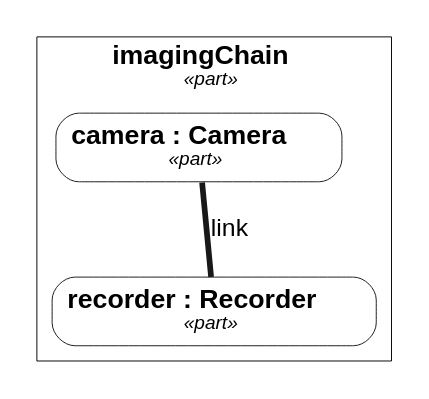
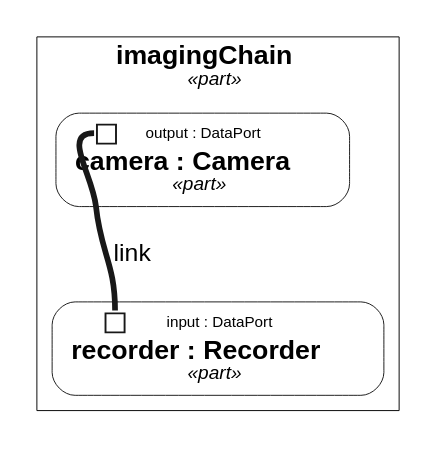
The first of 2 diagrams in internal/doc/docrender/testdata/telescope_report.dot.golden.md (Open-MBEE/OpenSysML), drawn with Graphviz before and after one commit. The commit also changed 44 other files, not shown here.

````diff
--- a/internal/doc/docrender/testdata/telescope_report.dot.golden.md
+++ b/internal/doc/docrender/testdata/telescope_report.dot.golden.md
@@ -83,20 +83,20 @@
 ```dot
 // view: Observatory::interconnectView
 // kind: interconnection
 // stated: render asInterconnectionDiagram
 // layout: dot
 digraph "Observatory::interconnectView" {
   graph [fontname="Helvetica"];
   node [shape=box, style=filled, fillcolor=white, color="#181818", fontname="Helvetica", fontsize=14, penwidth=0.5];
   edge [color="#181818", fontname="Helvetica", fontsize=13, penwidth=1];
   subgraph "cluster_n0" {
     label=<<b>imagingChain</b><br/><font point-size="10"><i>«part»</i></font>>;
     color=black;
     penwidth=0.5;
     "n0" [shape=point, style=invis, width=0, height=0, label=""];
-    "n1" [style="rounded,filled", label=<<b>camera : Camera</b><br/><font point-size="10"><i>«part»</i></font>>];
-    "n2" [style="rounded,filled", label=<<b>recorder : Recorder</b><br/><font point-size="10"><i>«part»</i></font>>];
+    "n1" [style="rounded,filled", label=<<table border="0" cellborder="0" cellspacing="0" cellpadding="2"><tr><td port="n1.0" border="1" fixedsize="true" width="10" height="10"></td><td align="left"><font point-size="8">output : DataPort</font></td></tr><tr><td colspan="2"><b>camera : Camera</b><br/><font point-size="10"><i>«part»</i></font></td></tr></table>>];
+    "n2" [style="rounded,filled", label=<<table border="0" cellborder="0" cellspacing="0" cellpadding="2"><tr><td port="n2.0" border="1" fixedsize="true" width="10" height="10"></td><td align="left"><font point-size="8">input : DataPort</font></td></tr><tr><td colspan="2"><b>recorder : Recorder</b><br/><font point-size="10"><i>«part»</i></font></td></tr></table>>];
   }
-  "n1" -> "n2" [label="link", arrowhead=none, penwidth=3];
+  "n1":"n1.0" -> "n2":"n2.0" [label="link", arrowhead=none, penwidth=3];
 }
 ```
````
